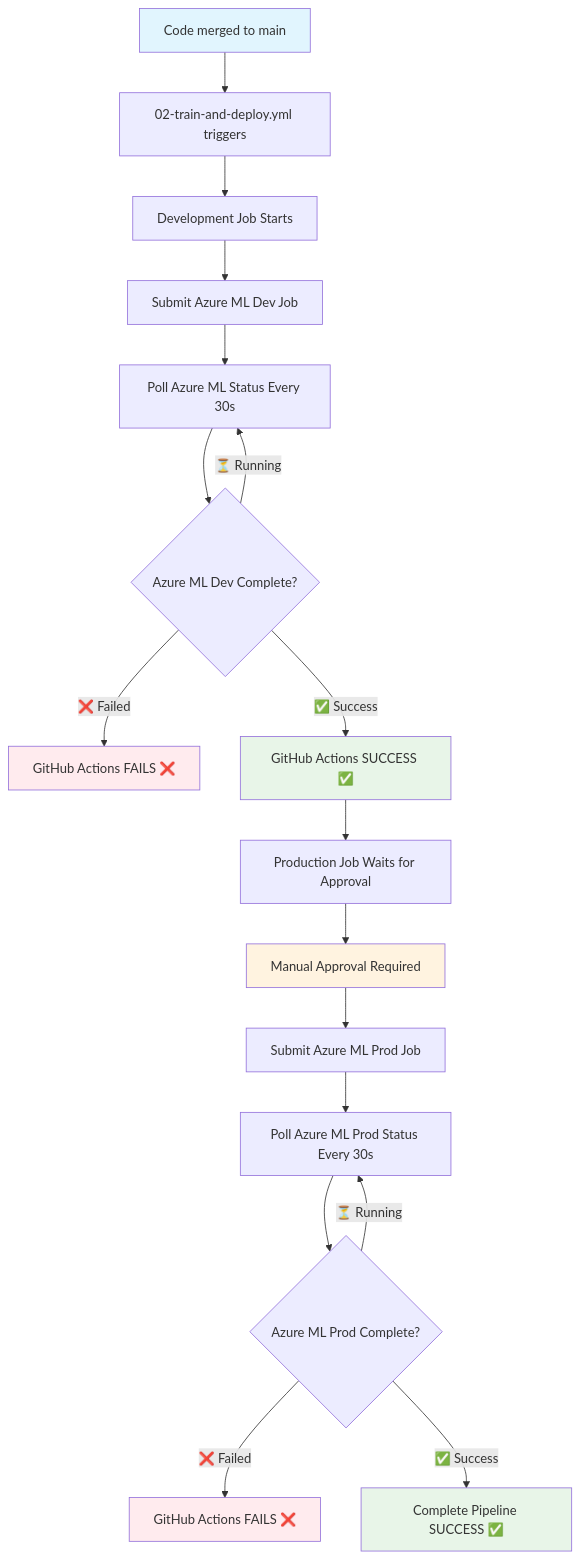
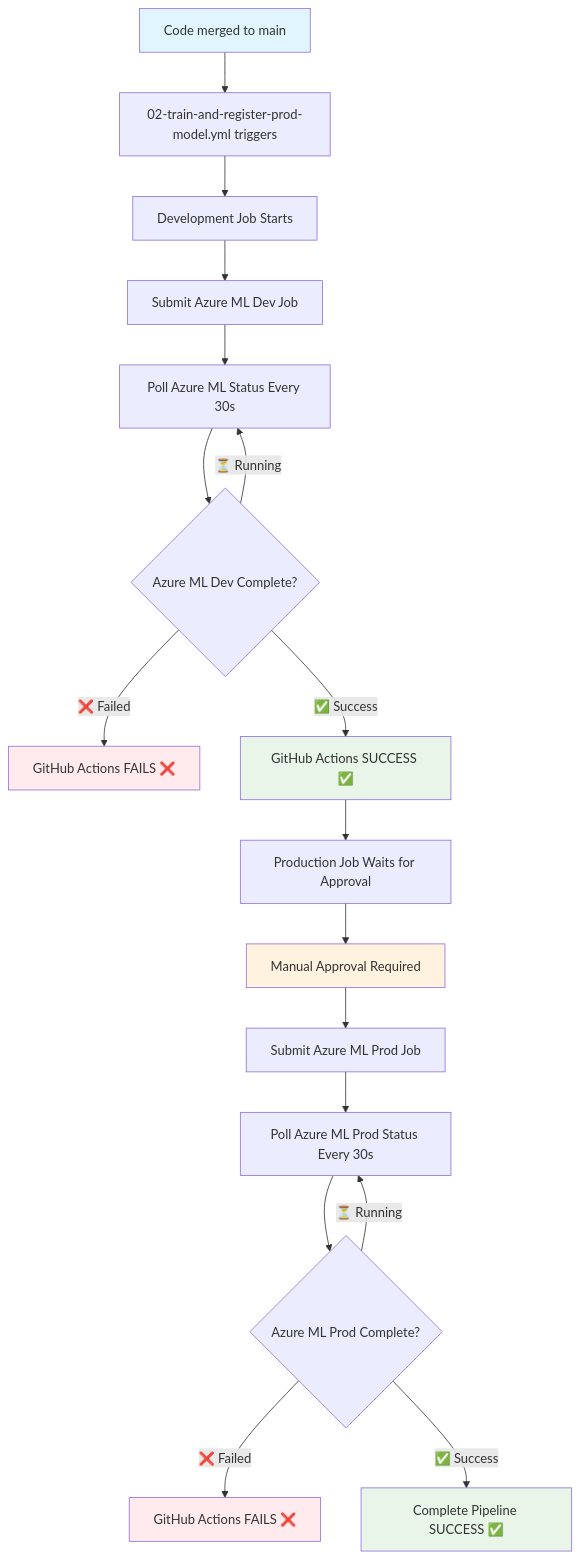
One commit to VANQUOC81/experiment-mlops changed the second of 2 diagrams in documentation/README.md. Above: the diagram before and after it, drawn with Mermaid. The commit also changed other lines of this file and 4 other files, not shown here.

````diff
--- a/documentation/README.md
+++ b/documentation/README.md
@@ -185,26 +185,26 @@
 ```mermaid
 graph TD
-    H[Code merged to main] --> I[02-train-and-deploy.yml triggers]
+    H[Code merged to main] --> I[02-train-and-register-prod-model.yml triggers]
     I --> J[Development Job Starts]
     J --> K[Submit Azure ML Dev Job]
     K --> L[Poll Azure ML Status Every 30s]
     L --> M{Azure ML Dev Complete?}
     M -->|❌ Failed| N[GitHub Actions FAILS ❌]
     M -->|⏳ Running| L
     M -->|✅ Success| O[GitHub Actions SUCCESS ✅]
     O --> P[Production Job Waits for Approval]
     P --> Q[Manual Approval Required]
     Q --> R[Submit Azure ML Prod Job]
     R --> S[Poll Azure ML Prod Status Every 30s]
     S --> T{Azure ML Prod Complete?}
     T -->|❌ Failed| U[GitHub Actions FAILS ❌]
     T -->|⏳ Running| S
     T -->|✅ Success| V[Complete Pipeline SUCCESS ✅]
     
     style H fill:#e1f5fe
     style N fill:#ffebee
     style U fill:#ffebee
     style O fill:#e8f5e8
     style V fill:#e8f5e8
     style Q fill:#fff3e0
 ```
````
